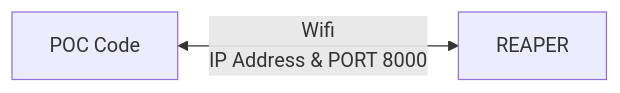
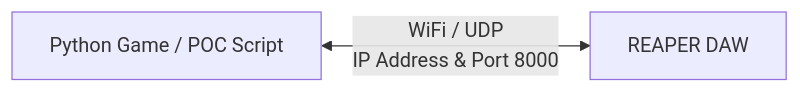
The first of 2 diagrams in MVP/reaper/README.md (cel-esx/EGL314_TeamB), drawn with Mermaid before and after one commit. The commit also changed other lines of this file, not shown here.

````diff
--- a/MVP/reaper/README.md
+++ b/MVP/reaper/README.md
@@ -42,5 +48,5 @@
 ```mermaid
 graph LR
-A[POC Code] <-- Wifi <br> IP Address & PORT 8000 --> B[REAPER]
+    A[Python Game / POC Script] <-->|WiFi / UDP<br>IP Address & Port 8000| B[REAPER DAW]
 
 ```
````
